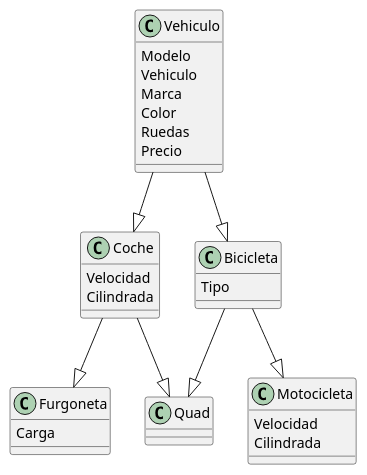
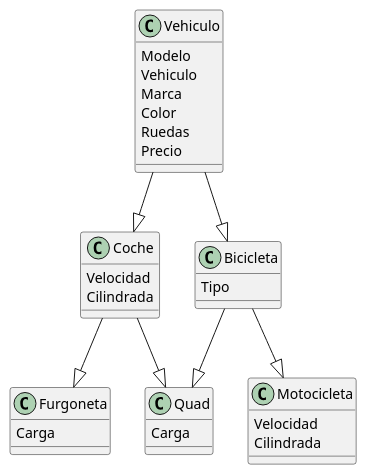
One commit to JCMpirata/PRUEBA1_DE_NIVEL_JAVIER_CALETRIO changed the diagram in umi/diagram_class_vehiculos.puml. Above: the diagram before and after it, drawn with PlantUML. The commit also changed 3 other files, not shown here.

```diff
--- a/umi/diagram_class_vehiculos.puml
+++ b/umi/diagram_class_vehiculos.puml
@@ -2,28 +2,30 @@
 @startuml
 
 Vehiculo --|> Coche 
 Vehiculo --|> Bicicleta
 Coche --|> Furgoneta
 Bicicleta --|> Motocicleta
 Coche --|> Quad 
 Bicicleta --|> Quad
 
 Vehiculo : Modelo
 Vehiculo : Vehiculo
 Vehiculo : Marca
 Vehiculo : Color
 Vehiculo : Ruedas
 Vehiculo : Precio
 
 Coche : Velocidad
 Coche : Cilindrada
 
 Furgoneta : Carga
 
 Bicicleta : Tipo
 
 Motocicleta : Velocidad
 Motocicleta : Cilindrada
 
+Quad : Carga
+
 
 @enduml
```
